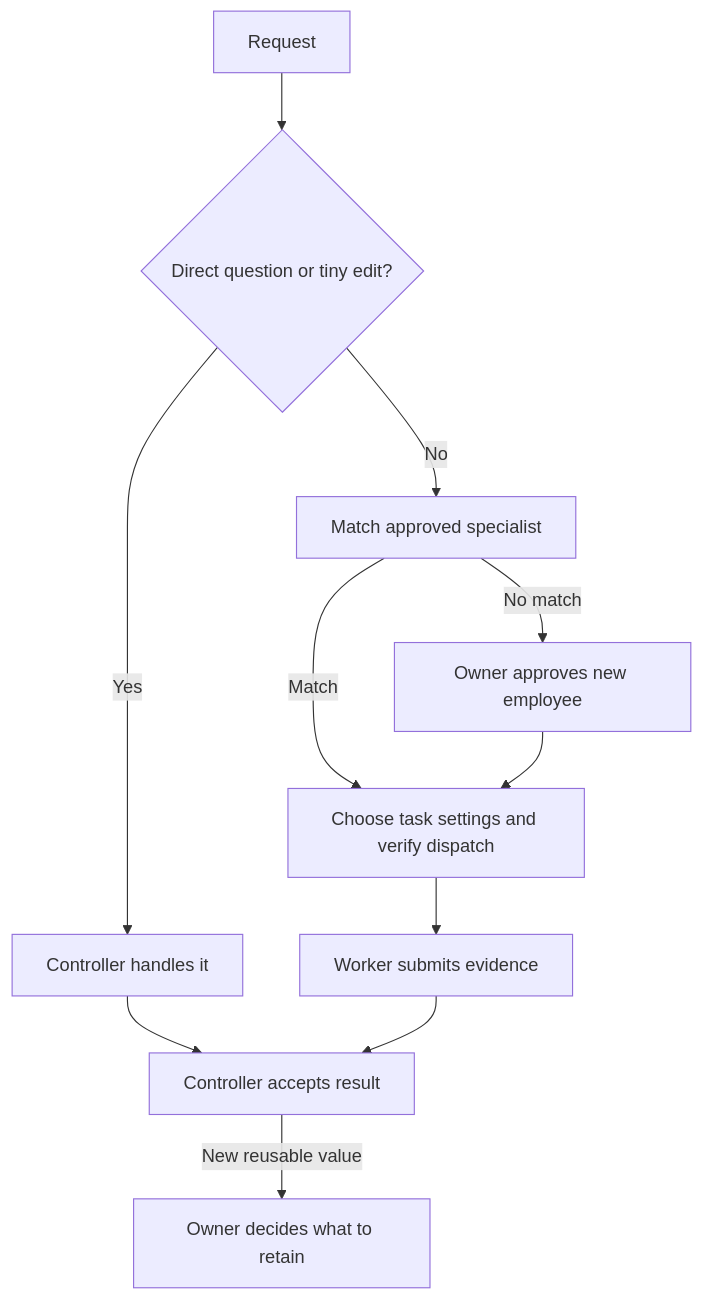
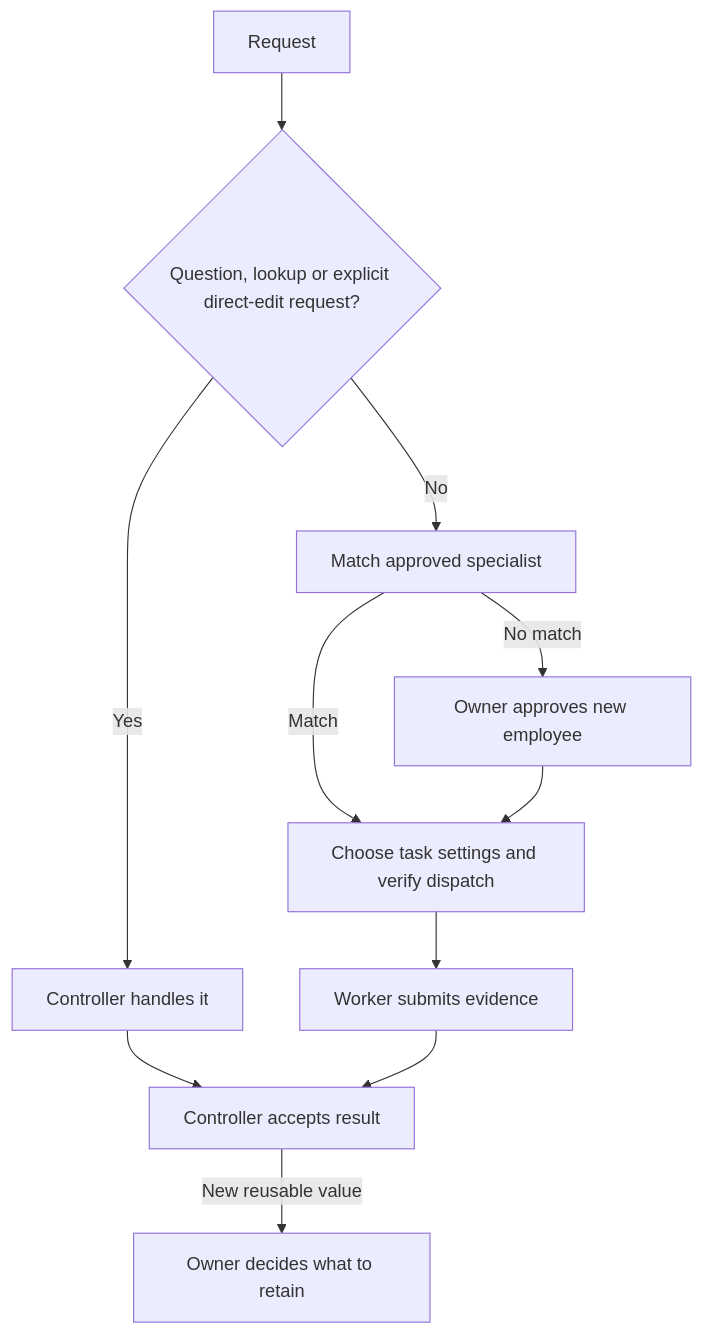
The diagram in README.md (lbtlm/open-jarvis), drawn with Mermaid before and after one commit. The commit also changed other lines of this file and 29 other files, not shown here.

````diff
--- a/README.md
+++ b/README.md
@@ -71,13 +71,13 @@
 ```mermaid
 flowchart TD
-  A["Request"] --> B{"Direct question or tiny edit?"}
+  A["Request"] --> B{"Question, lookup or explicit direct-edit request?"}
   B -->|Yes| C["Controller handles it"]
   B -->|No| D["Match approved specialist"]
   D -->|No match| E["Owner approves new employee"]
   D -->|Match| F["Choose task settings and verify dispatch"]
   E --> F
   F --> G["Worker submits evidence"]
   C --> H["Controller accepts result"]
   G --> H
   H -->|New reusable value| I["Owner decides what to retain"]
 ```
````
